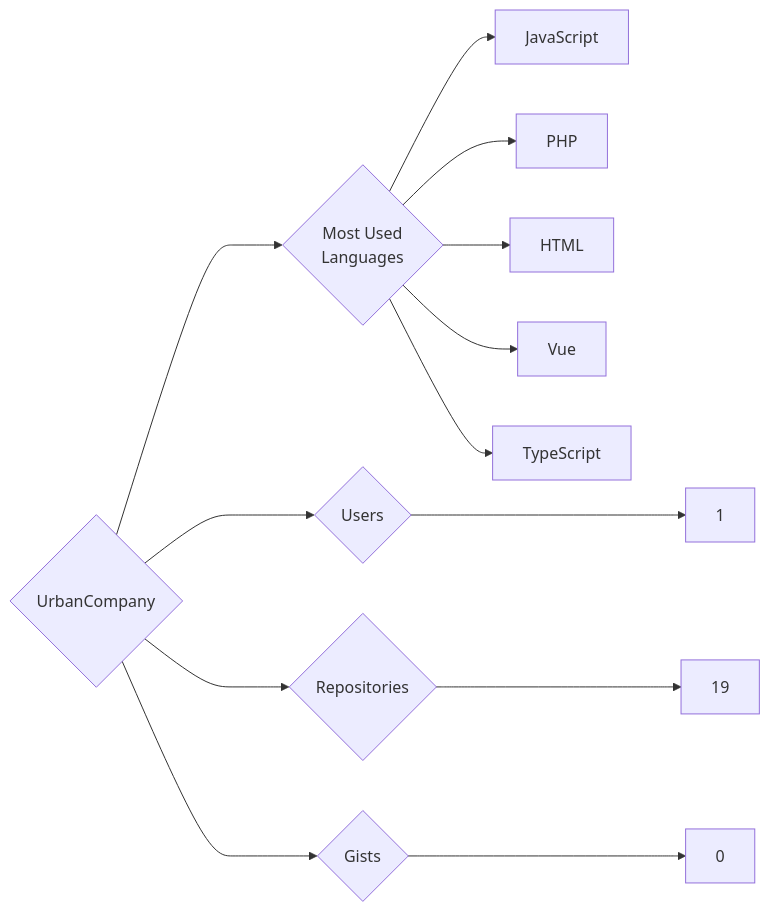
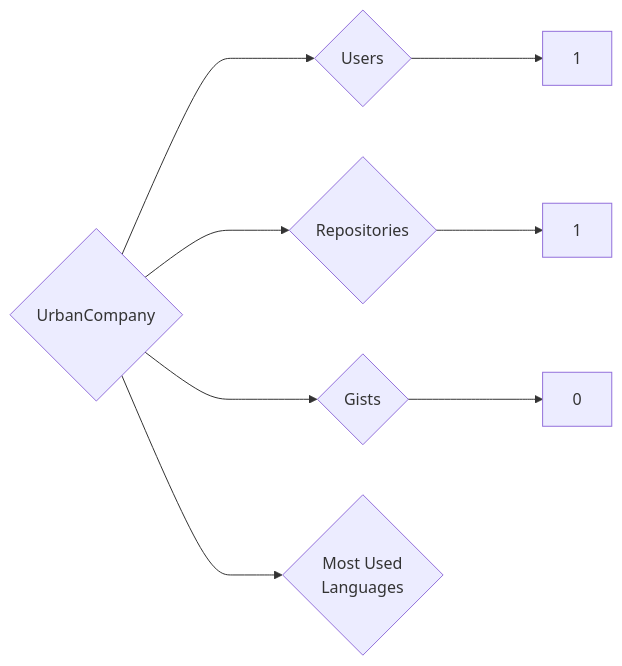
Before and after one commit to trickest/insiders: the diagram in targets/UrbanCompany/README.md, drawn with Mermaid. The commit also changed 806 other files, not shown here.

````diff
--- a/targets/UrbanCompany/README.md
+++ b/targets/UrbanCompany/README.md
@@ -3,13 +3,8 @@
 ```mermaid
 graph LR
 COMPANY_NAME{UrbanCompany}
 COMPANY_NAME ---> U{Users} ---> UN[1]
-COMPANY_NAME ---> R{Repositories} ---> RN[19]
+COMPANY_NAME ---> R{Repositories} ---> RN[1]
 COMPANY_NAME ---> G{Gists} ---> GN[0]
 COMPANY_NAME ---> ML{Most Used<br>Languages}
-ML --> JavaScript[JavaScript]
-ML --> PHP[PHP]
-ML --> HTML[HTML]
-ML --> Vue[Vue]
-ML --> TypeScript[TypeScript]
 ```
````
